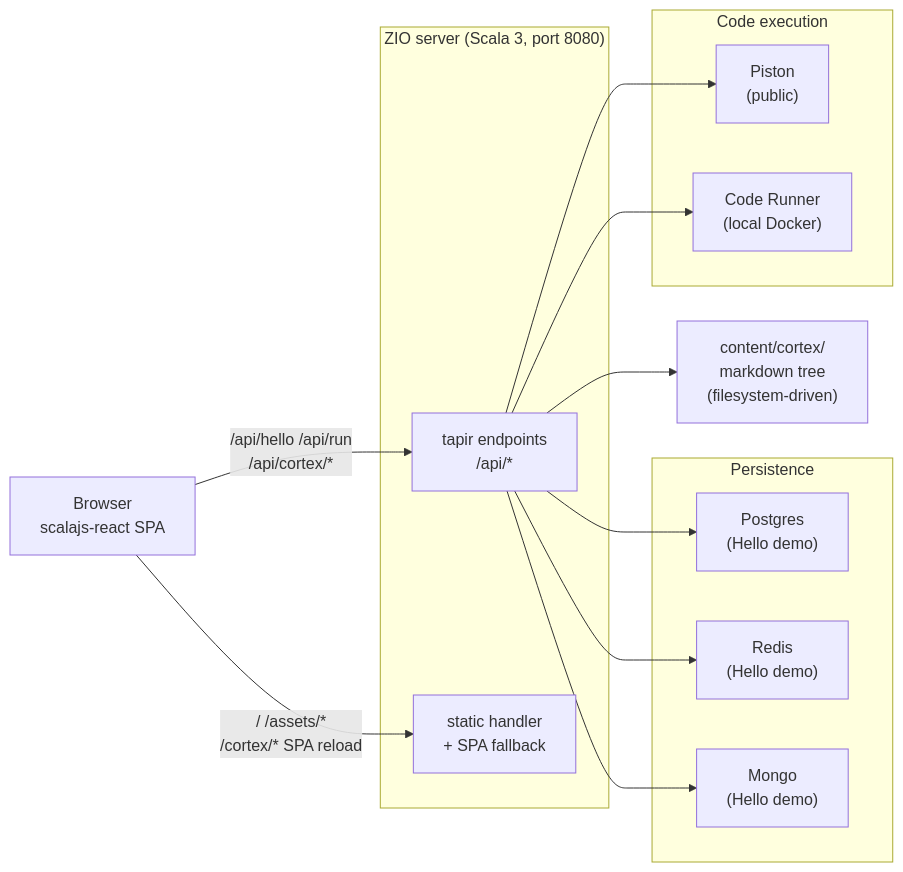
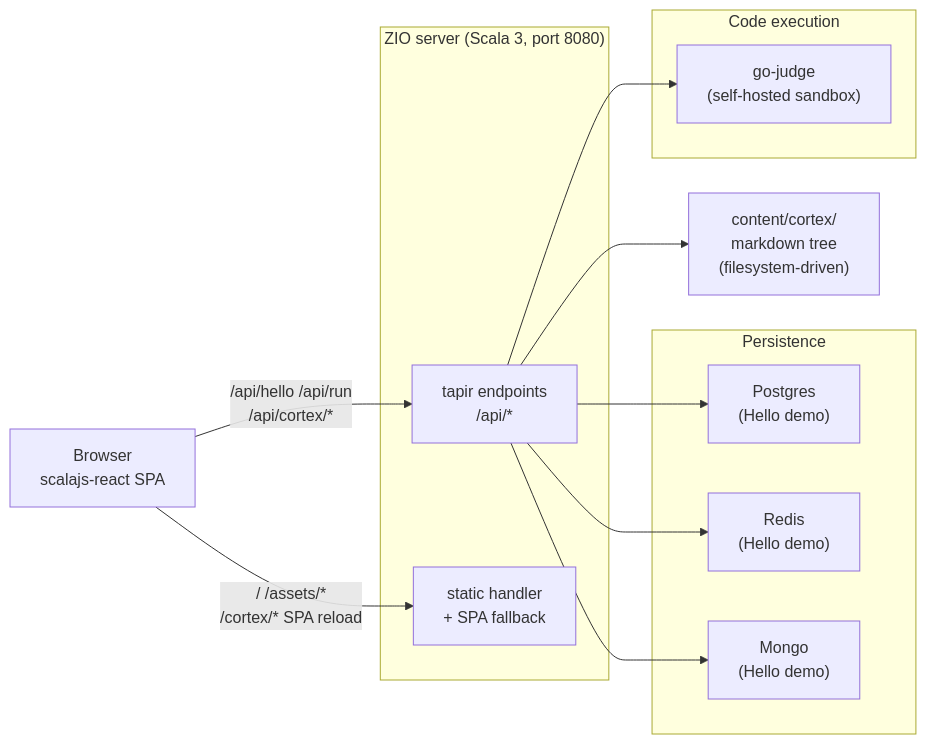
One commit to ani2fun/codefolio changed the diagram in content/cortex/codefolio-onboarding/01-start-here/01-overview.md. Above: the diagram before and after it, drawn with Mermaid. The commit also changed other lines of this file and 9 other files, not shown here.

````diff
--- a/content/cortex/codefolio-onboarding/01-start-here/01-overview.md
+++ b/content/cortex/codefolio-onboarding/01-start-here/01-overview.md
@@ -19,27 +21,25 @@
 ```mermaid
 flowchart LR
   Browser["Browser<br/>scalajs-react SPA"]
   subgraph Server["ZIO server (Scala 3, port 8080)"]
     Tapir["tapir endpoints<br/>/api/*"]
     Static["static handler<br/>+ SPA fallback"]
   end
   subgraph Stores["Persistence"]
     PG["Postgres<br/>(Hello demo)"]
     R["Redis<br/>(Hello demo)"]
     M["Mongo<br/>(Hello demo)"]
   end
-  subgraph External["Code execution"]
-    P["Piston<br/>(public)"]
-    CR["Code Runner<br/>(local Docker)"]
+  subgraph Sandbox["Code execution"]
+    GJ["go-judge<br/>(self-hosted sandbox)"]
   end
   FS["content/cortex/<br/>markdown tree<br/>(filesystem-driven)"]
 
   Browser -- "/api/hello /api/run<br/>/api/cortex/*" --> Tapir
   Browser -- "/ /assets/*<br/>/cortex/* SPA reload" --> Static
   Tapir --> PG
   Tapir --> R
   Tapir --> M
-  Tapir --> P
-  Tapir --> CR
+  Tapir --> GJ
   Tapir --> FS
 ```
````
